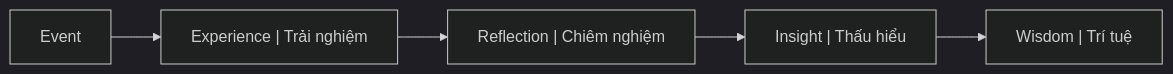
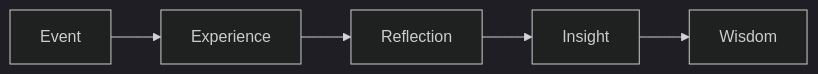
The second of 2 diagrams in mental-models/Trí Tuệ.md (dyukahi/knowledge), drawn with Mermaid (dark theme) before and after one commit. The commit also changed other lines of this file and 6 other files, not shown here.

````diff
--- a/mental-models/Trí Tuệ.md
+++ b/mental-models/Trí Tuệ.md
@@ -391,7 +69,7 @@
 ```mermaid
 flowchart LR
-    E["Event"] --> EX["Experience | Trải nghiệm"]
-    EX --> R["Reflection | Chiêm nghiệm"]
-    R --> I["Insight | Thấu hiểu"]
-    I --> W["Wisdom | Trí tuệ"]
+    E["Event"] --> EX["Experience"]
+    EX --> R["Reflection"]
+    R --> I["Insight"]
+    I --> W["Wisdom"]
 ```
````
